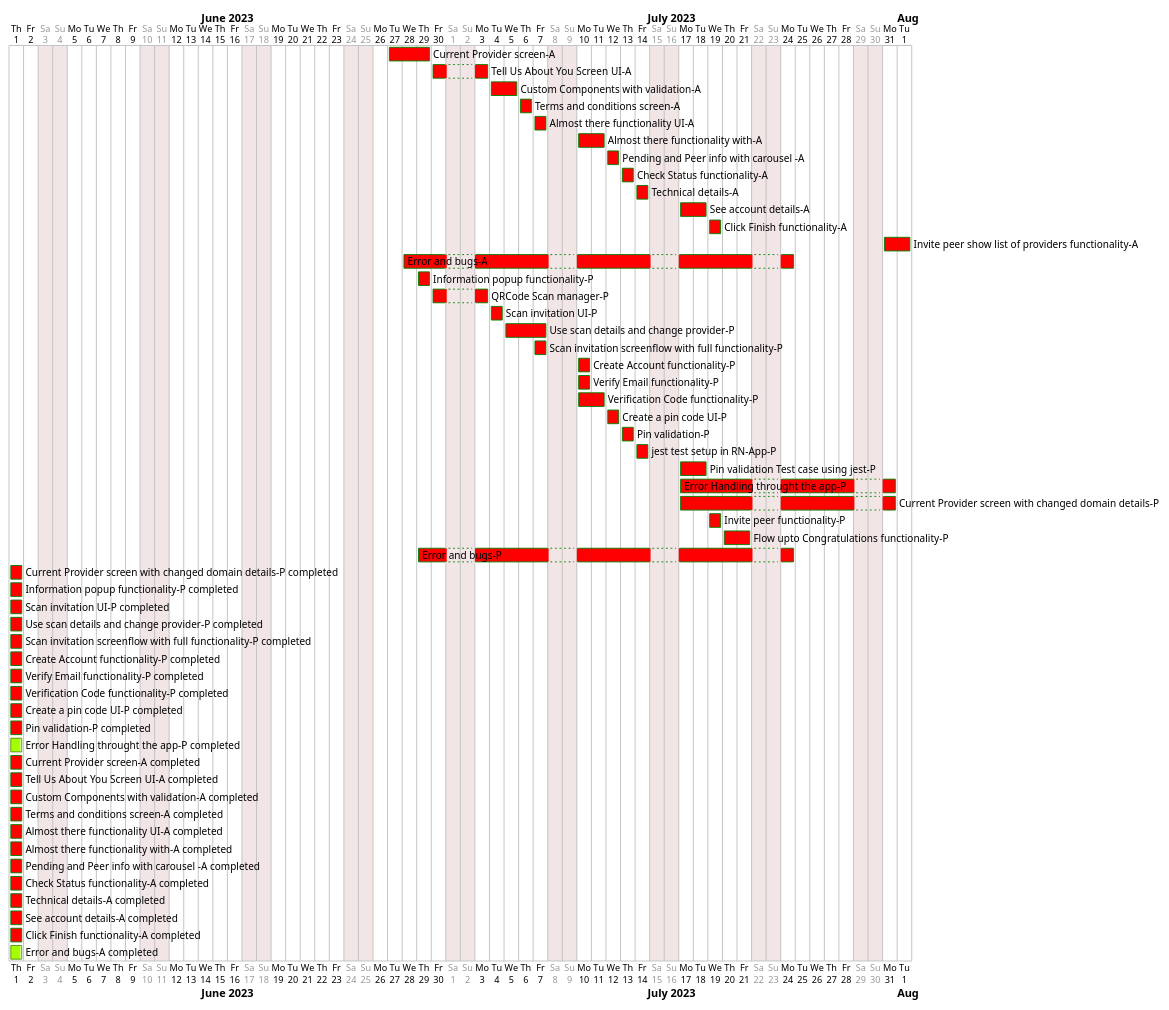
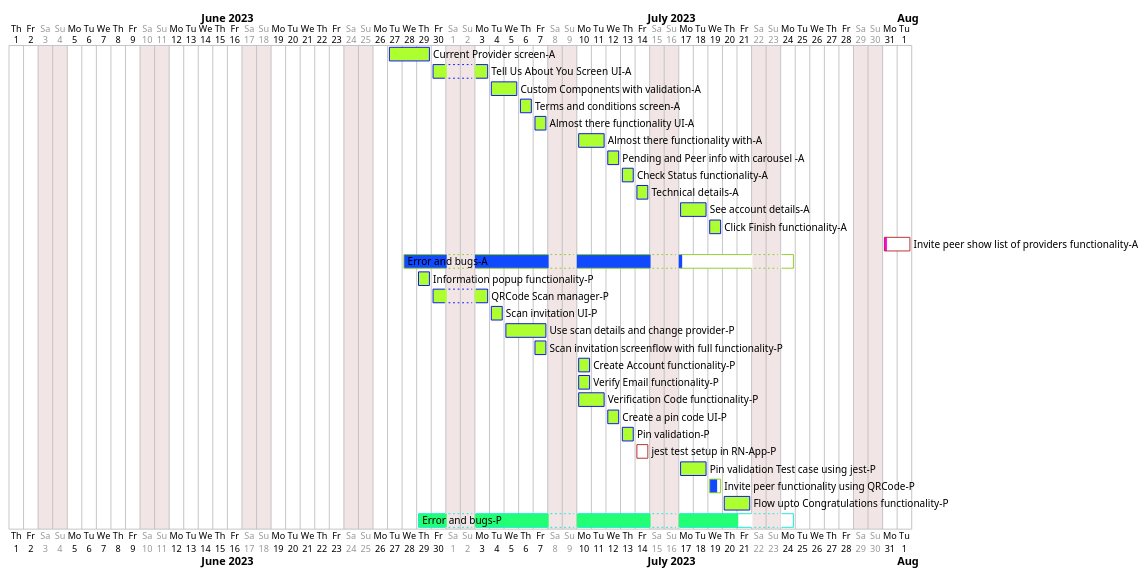
The diagram in doc/Onboarding-Flow.puml (Trust-Anchor-Group/NeuroAccessReactNative), drawn with PlantUML before and after one commit.

Commit message:
Update Onboarding-Flow.puml
progress and completion color

```diff
--- a/doc/Onboarding-Flow.puml
+++ b/doc/Onboarding-Flow.puml
@@ -1,80 +1,87 @@
 @startgantt
+
 saturday are closed
 sunday are closed
 
+
 <style>
+
 ganttDiagram {
   task {
-    BackGroundColor Red
-    LineColor Green 
+    BackGroundColor GreenYellow
+    LineColor Blue
     unstarted {
       BackGroundColor Fuchsia 
       LineColor FireBrick
     }
-    completed {
-      BackGroundColor GreenYellow 
-      LineColor Green
-    }
   }
 }
+
 </style>
+
 Project starts 2023-06-01
 [Current Provider screen-A] starts 2023-06-27 and ends 2023-06-29
 [Tell Us About You Screen UI-A] starts 2023-06-30 and ends 2023-07-03
 [Custom Components with validation-A] starts 2023-07-04 and ends 2023-07-05
 [Terms and conditions screen-A] starts 2023-07-06 and ends 2023-07-06
 [Almost there functionality UI-A] starts 2023-07-07 and ends 2023-07-07
 [Almost there functionality with-A] starts 2023-07-10 and ends 2023-07-11
 [Pending and Peer info with carousel -A] starts 2023-07-12 and ends 2023-07-12
 [Check Status functionality-A] starts 2023-07-13 and ends 2023-07-13
 [Technical details-A] starts 2023-07-14 and ends 2023-07-14
 [See account details-A] starts 2023-07-17 and ends 2023-07-18
 [Click Finish functionality-A] starts 2023-07-19 and ends 2023-07-19
 [Invite peer show list of providers functionality-A] starts 2023-07-31 and ends 2023-08-01
 [Error and bugs-A] starts 2023-06-28 and ends 2023-07-24
 
-[Information popup functionality-P ] starts 2023-06-29 and ends 2023-06-29
+[Current Provider screen-A] is 100% complete
+[Tell Us About You Screen UI-A] is 100% complete
+[Custom Components with validation-A] is 100% complete
+[Terms and conditions screen-A] is 100% complete
+[Almost there functionality UI-A] is 100% complete
+[Almost there functionality with-A] is 100% complete
+[Pending and Peer info with carousel -A] is 100% complete
+[Check Status functionality-A] is 100% complete
+[Technical details-A] is 100% complete
+[See account details-A] is 100% complete
+[Click Finish functionality-A] is 100% complete
+[Invite peer show list of providers functionality-A] is 10% complete
+[Error and bugs-A] is 70% complete
+
+
+
+[Information popup functionality-P] starts 2023-06-29 and ends 2023-06-29
 [QRCode Scan manager-P] starts 2023-06-30 and ends 2023-07-03
 [Scan invitation UI-P] starts 2023-07-04 and ends 2023-07-04
 [Use scan details and change provider-P] starts 2023-07-05 and ends 2023-07-07
 [Scan invitation screenflow with full functionality-P] starts 2023-07-07 and ends 2023-07-07
 [Create Account functionality-P] starts 2023-07-10 and ends 2023-07-10
 [Verify Email functionality-P] starts 2023-07-10 and ends 2023-07-10
 [Verification Code functionality-P] starts 2023-07-10 and ends 2023-07-11
 [Create a pin code UI-P] starts 2023-07-12 and ends 2023-07-12
 [Pin validation-P] starts 2023-07-13 and ends 2023-07-13
 [jest test setup in RN-App-P] starts 2023-07-14 and ends 2023-07-14
 [Pin validation Test case using jest-P] starts 2023-07-17 and ends 2023-07-18
-[Error Handling throught the app-P] starts 2023-07-17 and ends 2023-07-31
-[Current Provider screen with changed domain details-P] starts 2023-07-17 and ends 2023-07-31
-
-[Invite peer functionality-P] starts 2023-07-19 and ends 2023-07-19
+[Invite peer functionality using QRCode-P] starts 2023-07-19 and ends 2023-07-19
 [Flow upto Congratulations functionality-P] starts 2023-07-20 and ends 2023-07-21
 [Error and bugs-P] starts 2023-06-29 and ends 2023-07-24
+ 
 
-[Current Provider screen with changed domain details-P completed] is 100% completed
-[Information popup functionality-P completed] is 100% completed
-[Scan invitation UI-P completed] is 100% completed
-[Use scan details and change provider-P completed] is 100% completed
-[Scan invitation screenflow with full functionality-P completed] is 100% completed
-[Create Account functionality-P completed] is 100% completed
-[Verify Email functionality-P completed] is 100% completed
-[Verification Code functionality-P completed] is 100% completed
-[Create a pin code UI-P completed] is 100% completed
-[Pin validation-P completed] is 100% completed
-[Error Handling throught the app-P completed] is 90% completed
+[Information popup functionality-P] is 100% complete
+[QRCode Scan manager-P] is 100% complete
+[Scan invitation UI-P] is 100% complete
+[Use scan details and change provider-P] is 100% complete
+[Scan invitation screenflow with full functionality-P] is 100% complete
+[Create Account functionality-P] is 100% complete
+[Verify Email functionality-P] is 100% complete
+[Verification Code functionality-P] is 100% complete
+[Create a pin code UI-P] is 100% complete
+[Pin validation-P] is 100% complete
+[jest test setup in RN-App-P] is 1% complete
+[Pin validation Test case using jest-P] is 100% complete
+[Invite peer functionality using QRCode-P] is 70% complete
+[Flow upto Congratulations functionality-P] is 100% complete
+[Error and bugs-P] is 90% complete
 
-[Current Provider screen-A completed] is 100% completed
-[Tell Us About You Screen UI-A completed] is 100% completed
-[Custom Components with validation-A completed] is 100% completed
-[Terms and conditions screen-A completed] is 100% completed
-[Almost there functionality UI-A completed] is 100% completed
-[Almost there functionality with-A completed] is 100% completed
-[Pending and Peer info with carousel -A completed] is 100% completed
-[Check Status functionality-A completed] is 100% completed
-[Technical details-A completed] is 100% completed
-[See account details-A completed] is 100% completed
-[Click Finish functionality-A completed] is 100% completed
-[Error and bugs-A completed] is 90% completed
 
 @endgantt
```
